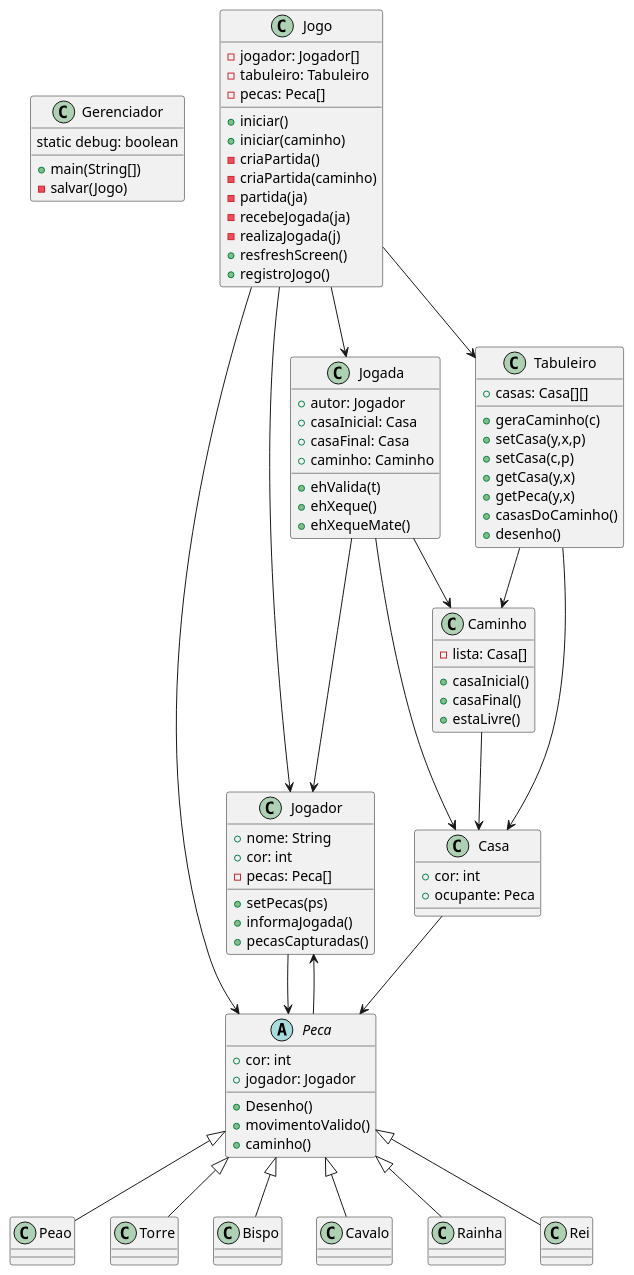
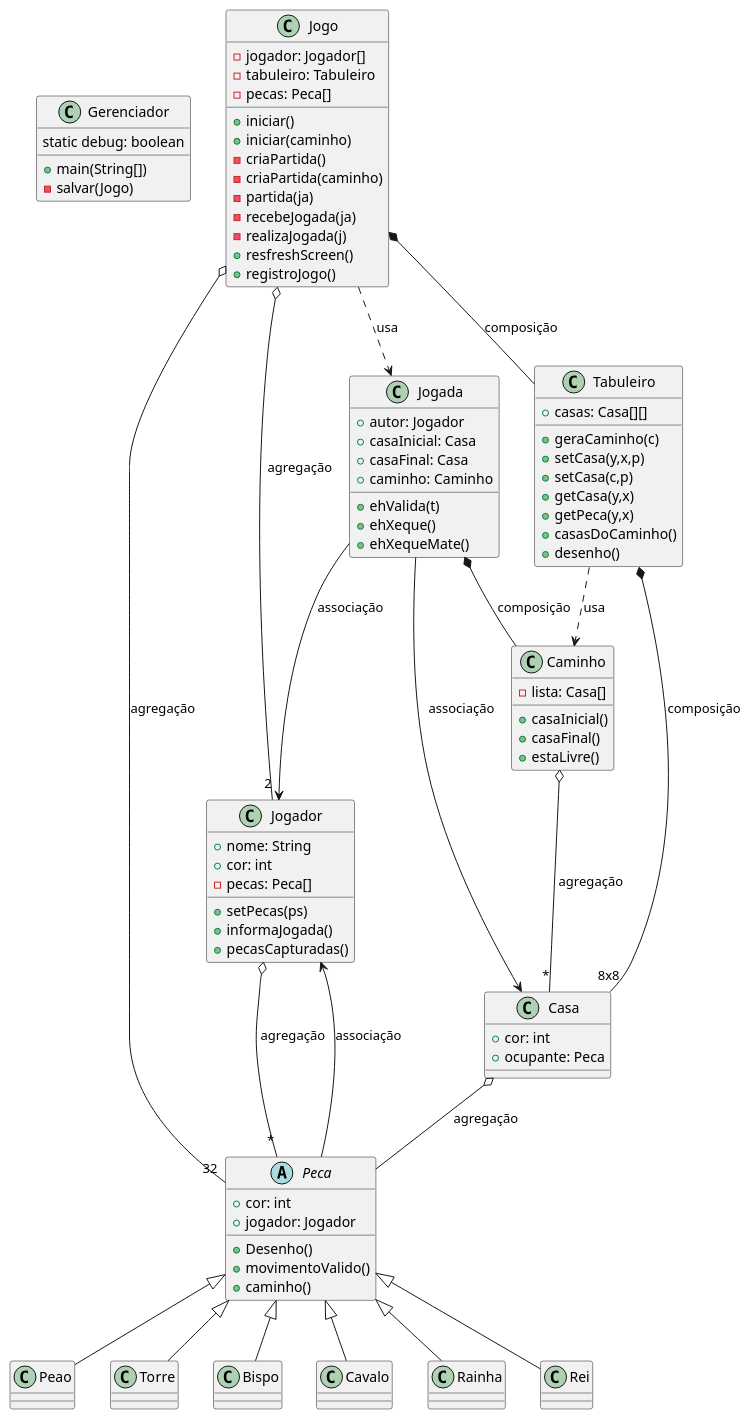
One commit to otaldoandre/xadrez2 changed the diagram in diagrama_classes.puml. Above: the diagram before and after it, drawn with PlantUML.

Commit message:
Refactor UML class diagram with precise relationship annotations

```diff
--- a/diagrama_classes.puml
+++ b/diagrama_classes.puml
@@ -1,102 +1,103 @@
 @startuml
 
 class Gerenciador {
   +main(String[])
   -salvar(Jogo)
   static debug: boolean
 }
 
 class Jogo {
   -jogador: Jogador[]
   -tabuleiro: Tabuleiro
   -pecas: Peca[]
   +iniciar()
   +iniciar(caminho)
   -criaPartida()
   -criaPartida(caminho)
   -partida(ja)
   -recebeJogada(ja)
   -realizaJogada(j)
   +resfreshScreen()
   +registroJogo()
 }
 
 class Jogador {
   +nome: String
   +cor: int
   -pecas: Peca[]
   +setPecas(ps)
   +informaJogada()
   +pecasCapturadas()
 }
 
 class Tabuleiro {
   +casas: Casa[][]
   +geraCaminho(c)
   +setCasa(y,x,p)
   +setCasa(c,p)
   +getCasa(y,x)
   +getPeca(y,x)
   +casasDoCaminho()
   +desenho()
 }
 
 class Casa {
   +cor: int
   +ocupante: Peca
 }
 
 class Jogada {
   +autor: Jogador
   +casaInicial: Casa
   +casaFinal: Casa
   +caminho: Caminho
   +ehValida(t)
   +ehXeque()
   +ehXequeMate()
 }
 
 class Caminho {
   -lista: Casa[]
   +casaInicial()
   +casaFinal()
   +estaLivre()
 }
 
 abstract class Peca {
   +cor: int
   +jogador: Jogador
   +Desenho()
   +movimentoValido()
   +caminho()
 }
 
 class Peao
 class Torre
 class Bispo
 class Cavalo
 class Rainha
 class Rei
 
 Peca <|-- Peao
 Peca <|-- Torre
 Peca <|-- Bispo
 Peca <|-- Cavalo
 Peca <|-- Rainha
 Peca <|-- Rei
 
-Jogo --> Jogador
-Jogo --> Tabuleiro
-Jogo --> Peca
-Jogo --> Jogada
-Tabuleiro --> Casa
-Tabuleiro --> Caminho
-Casa --> Peca
-Jogador --> Peca
-Jogada --> Jogador
-Jogada --> Casa
-Jogada --> Caminho
-Caminho --> Casa
-Peca --> Jogador
+' Relações com agregação, composição e associação
+Jogo o-- "2" Jogador : agregação
+Jogo *-- Tabuleiro : composição
+Jogo o-- "32" Peca : agregação
+Jogo ..> Jogada : usa
+Tabuleiro *-- "8x8" Casa : composição
+Tabuleiro ..> Caminho : usa
+Casa o-- Peca : agregação
+Jogador o-- "*" Peca : agregação
+Jogada --> Jogador : associação
+Jogada --> Casa : associação
+Jogada *-- Caminho : composição
+Caminho o-- "*" Casa : agregação
+Peca --> Jogador : associação
 
 @enduml
```
